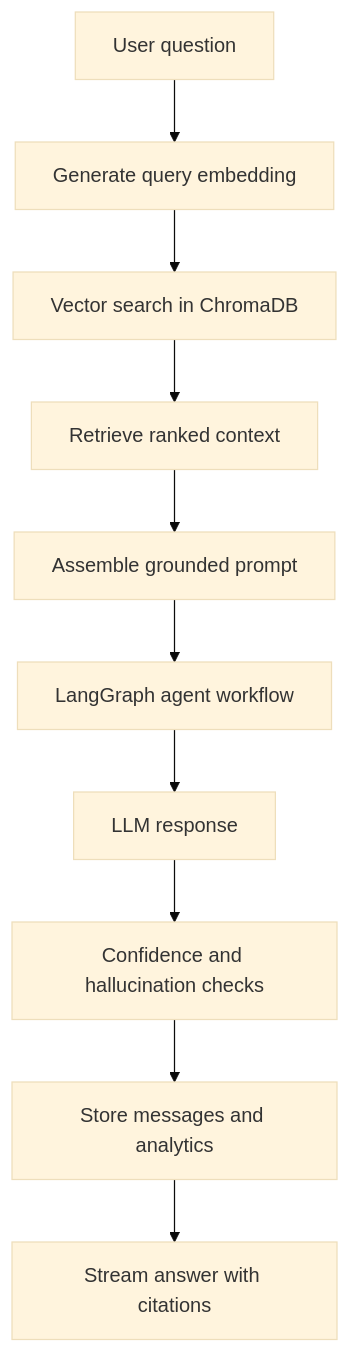
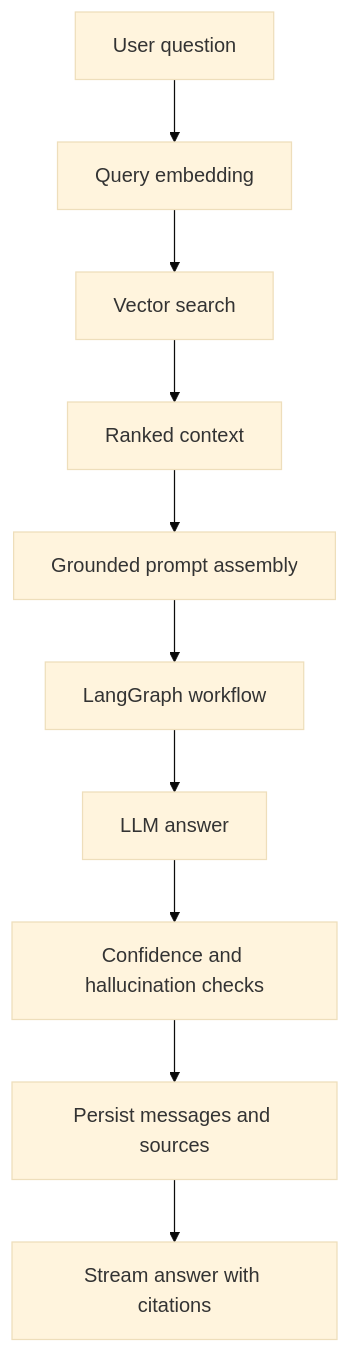
The third of 3 diagrams in docs/architecture.md (prajwal-mhase/FlowZint-AI-Hackathon-2026), drawn with Mermaid (base theme) before and after one commit. The commit also changed other lines of this file and 14 other files, not shown here.

````diff
--- a/docs/architecture.md
+++ b/docs/architecture.md
@@ -33,12 +37,12 @@
 ```mermaid
 flowchart TD
-  Q[User question] --> Embed[Generate query embedding]
-  Embed --> Search[Vector search in ChromaDB]
-  Search --> Context[Retrieve ranked context]
-  Context --> Prompt[Assemble grounded prompt]
-  Prompt --> Graph[LangGraph agent workflow]
-  Graph --> LLM[LLM response]
+  Q[User question] --> QE[Query embedding]
+  QE --> VS[Vector search]
+  VS --> CTX[Ranked context]
+  CTX --> Prompt[Grounded prompt assembly]
+  Prompt --> Graph[LangGraph workflow]
+  Graph --> LLM[LLM answer]
   LLM --> Guard[Confidence and hallucination checks]
-  Guard --> Store[Store messages and analytics]
-  Store --> Response[Stream answer with citations]
+  Guard --> Save[Persist messages and sources]
+  Save --> Stream[Stream answer with citations]
 ```
````
